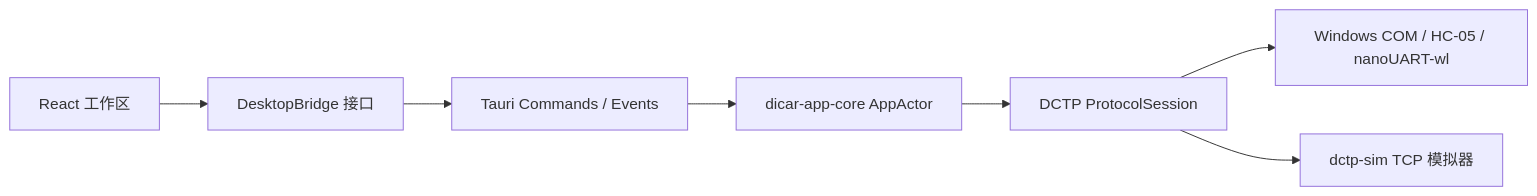
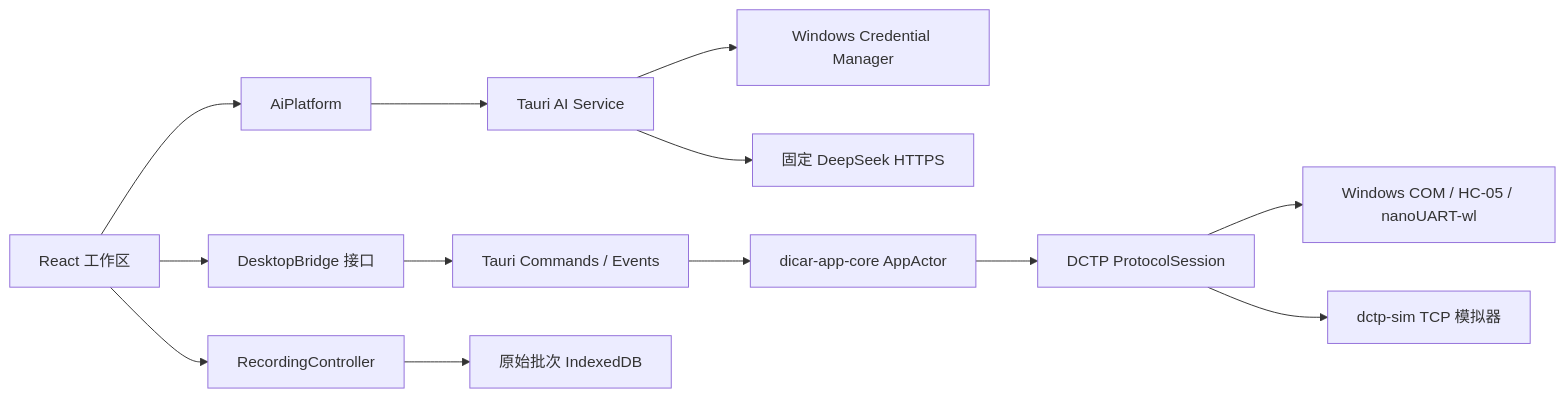
The diagram in docs/development.md (zhaoxc857/DiCar-LAB), drawn with Mermaid before and after one commit. The commit also changed other lines of this file and 4 other files, not shown here.

````diff
--- a/docs/development.md
+++ b/docs/development.md
@@ -7,9 +7,15 @@
 ```mermaid
 flowchart LR
     UI["React 工作区"] --> Bridge["DesktopBridge 接口"]
+    UI --> AiPlatform["AiPlatform"]
+    UI --> Recorder["RecordingController"]
     Bridge --> Tauri["Tauri Commands / Events"]
+    AiPlatform --> AiService["Tauri AI Service"]
+    AiService --> Credential["Windows Credential Manager"]
+    AiService --> DeepSeek["固定 DeepSeek HTTPS"]
+    Recorder --> IndexedDB["原始批次 IndexedDB"]
     Tauri --> Actor["dicar-app-core AppActor"]
     Actor --> Session["DCTP ProtocolSession"]
     Session --> Serial["Windows COM / HC-05 / nanoUART-wl"]
     Session --> Sim["dctp-sim TCP 模拟器"]
 ```
````
